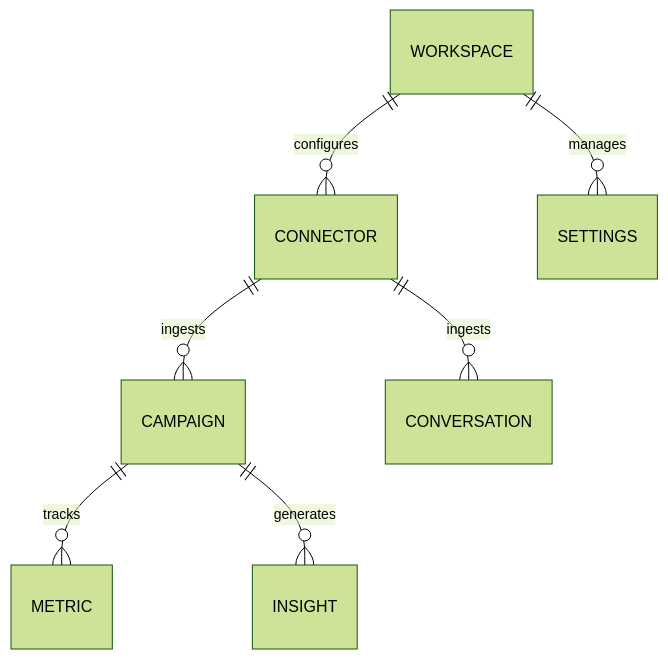
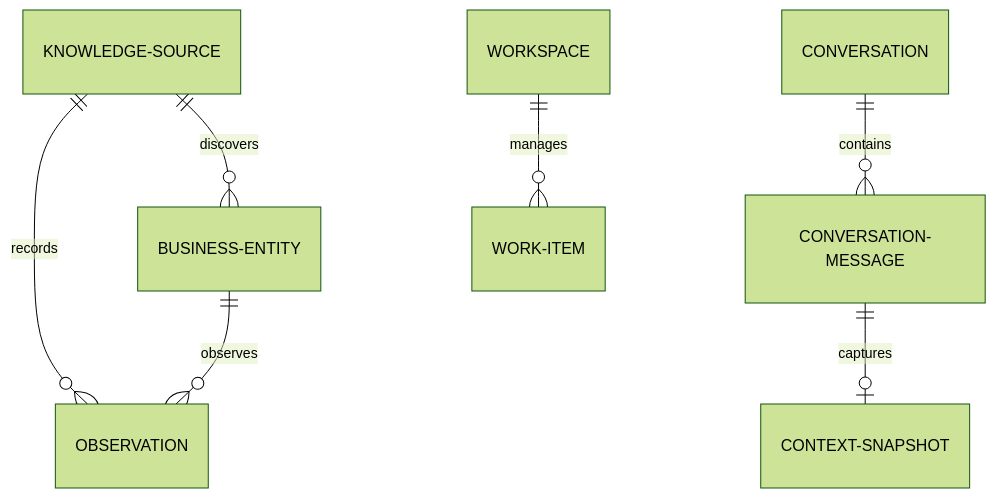
The second of 2 diagrams in spec.md (abluvsu/business-os), drawn with Mermaid (forest theme) before and after one commit. The commit also changed other lines of this file and 66 other files, not shown here.

````diff
--- a/spec.md
+++ b/spec.md
@@ -80,9 +56,9 @@
 ```mermaid
 erDiagram
-    WORKSPACE ||--o{ CONNECTOR : configures
-    WORKSPACE ||--o{ SETTINGS : manages
-    CONNECTOR ||--o{ CAMPAIGN : ingests
-    CONNECTOR ||--o{ CONVERSATION : ingests
-    CAMPAIGN ||--o{ METRIC : tracks
-    CAMPAIGN ||--o{ INSIGHT : generates
+    KNOWLEDGE-SOURCE ||--o{ BUSINESS-ENTITY : "discovers"
+    KNOWLEDGE-SOURCE ||--o{ OBSERVATION : "records"
+    BUSINESS-ENTITY ||--o{ OBSERVATION : "observes"
+    CONVERSATION ||--o{ CONVERSATION-MESSAGE : "contains"
+    CONVERSATION-MESSAGE ||--o| CONTEXT-SNAPSHOT : "captures"
+    WORKSPACE ||--o{ WORK-ITEM : "manages"
 ```
````
